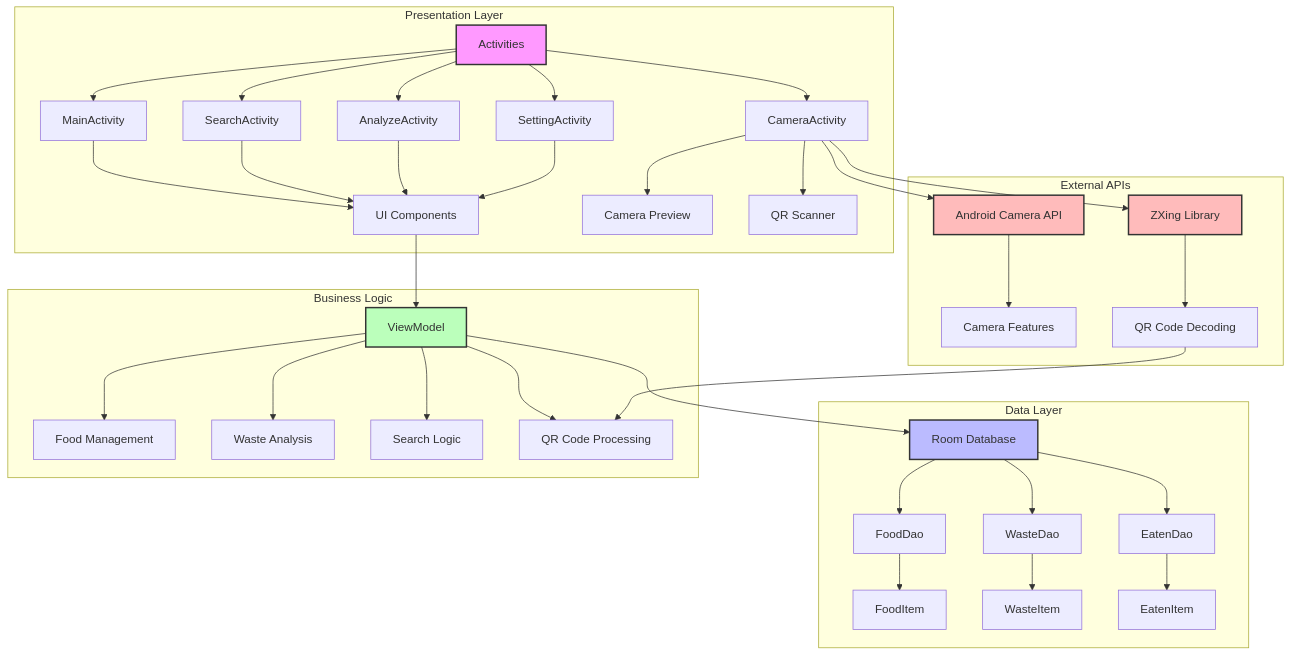
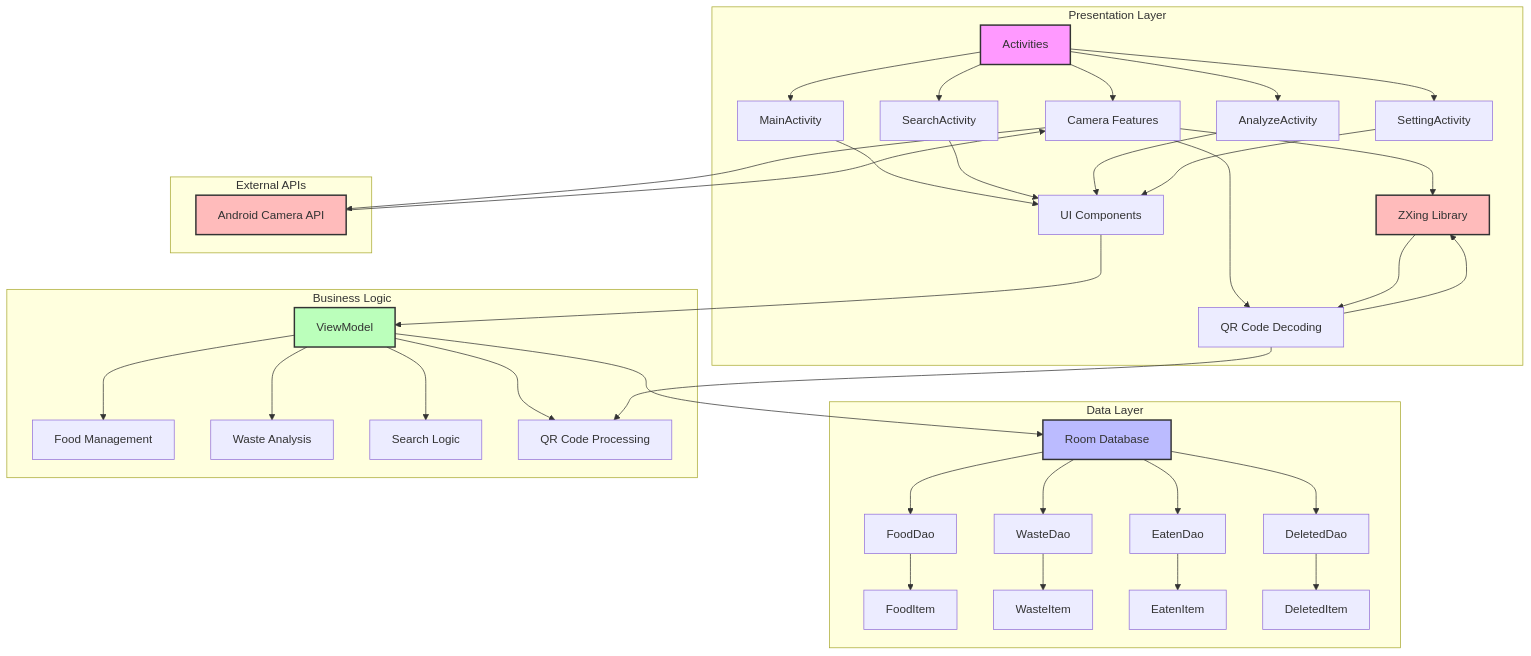
Before and after one commit to yulu1005/CountdownKitchen: the diagram in docs/architecture.mmd, drawn with Mermaid.

```diff
--- a/docs/architecture.mmd
+++ b/docs/architecture.mmd
@@ -1,49 +1,51 @@
 graph TD
     subgraph Presentation Layer
         A[Activities] --> B[MainActivity]
         A --> C[SearchActivity]
         A --> D[AnalyzeActivity]
         A --> E[SettingActivity]
         A --> V[CameraActivity]
         
         B --> F[UI Components]
         C --> F
         D --> F
         E --> F
         V --> W[Camera Preview]
         V --> X[QR Scanner]
     end
 
     subgraph Data Layer
         G[Room Database] --> H[FoodDao]
         G --> I[WasteDao]
         G --> J[EatenDao]
+        G --> K[DeletedDao]
         
-        H --> K[FoodItem]
-        I --> L[WasteItem]
-        J --> M[EatenItem]
+        H --> L[FoodItem]
+        I --> M[WasteItem]
+        J --> N[EatenItem]
+        K --> O[DeletedItem]
     end
 
     subgraph Business Logic
-        N[ViewModel] --> O[Food Management]
-        N --> P[Waste Analysis]
-        N --> Q[Search Logic]
-        N --> R[QR Code Processing]
+        P[ViewModel] --> Q[Food Management]
+        P --> R[Waste Analysis]
+        P --> S[Search Logic]
+        P --> T[QR Code Processing]
     end
 
     subgraph External APIs
-        S[Android Camera API] --> T[Camera Features]
-        U[ZXing Library] --> Y[QR Code Decoding]
+        U[Android Camera API] --> V[Camera Features]
+        W[ZXing Library] --> X[QR Code Decoding]
     end
 
-    F --> N
-    N --> G
-    V --> S
+    F --> P
+    P --> G
     V --> U
-    Y --> R
+    X --> W
+    X --> T
 
     style A fill:#f9f,stroke:#333,stroke-width:2px
     style G fill:#bbf,stroke:#333,stroke-width:2px
-    style N fill:#bfb,stroke:#333,stroke-width:2px
-    style S fill:#fbb,stroke:#333,stroke-width:2px
+    style P fill:#bfb,stroke:#333,stroke-width:2px
     style U fill:#fbb,stroke:#333,stroke-width:2px
+    style W fill:#fbb,stroke:#333,stroke-width:2px
```
